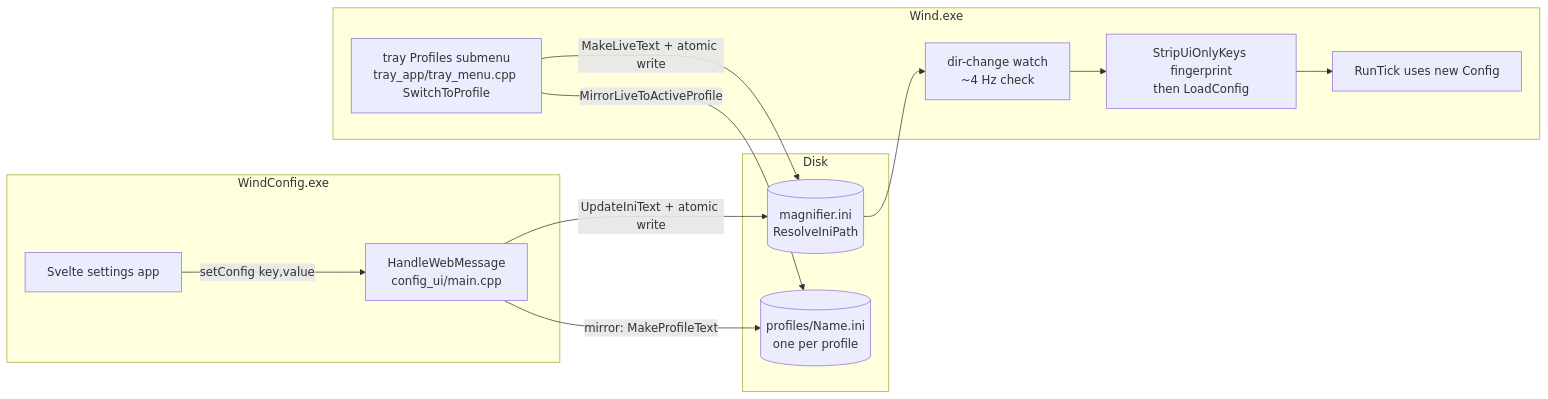
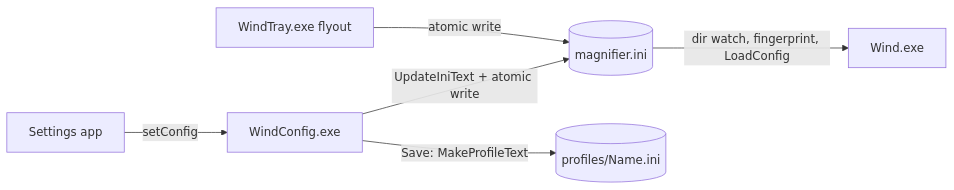
The diagram in docs/architecture/08-config-profiles.md (Maxaubert/Wind), drawn with Mermaid before and after one commit. The commit also changed other lines of this file and 142 other files, not shown here.

First line of the commit message:
docs: overhaul README, CLAUDE.md, architecture and findings (#357) (#358)

````diff
--- a/docs/architecture/08-config-profiles.md
+++ b/docs/architecture/08-config-profiles.md
@@ -29,20 +26,8 @@
 ```mermaid
 flowchart LR
-  subgraph config [WindConfig.exe]
-    SV[Svelte settings app] -->|setConfig key,value| WM[HandleWebMessage\nconfig_ui/main.cpp]
-  end
-  subgraph disk [Disk]
-    INI[(magnifier.ini\nResolveIniPath)]
-    PROF[(profiles/Name.ini\none per profile)]
-  end
-  subgraph core [Wind.exe]
-    WATCH[dir-change watch\n~4 Hz check] --> RELOAD[StripUiOnlyKeys fingerprint\nthen LoadConfig]
-    RELOAD --> TICK[RunTick uses new Config]
-    TRAY[tray Profiles submenu\ntray_app/tray_menu.cpp SwitchToProfile]
-  end
-  WM -->|UpdateIniText + atomic write| INI
-  WM -->|mirror: MakeProfileText| PROF
-  TRAY -->|MakeLiveText + atomic write| INI
-  TRAY -->|MirrorLiveToActiveProfile| PROF
-  INI --> WATCH
+  SV[Settings app] -->|setConfig| HOST[WindConfig.exe]
+  TRAY[WindTray.exe flyout] -->|atomic write| INI
+  HOST -->|UpdateIniText + atomic write| INI[(magnifier.ini)]
+  HOST -->|Save: MakeProfileText| PROF[(profiles/Name.ini)]
+  INI -->|dir watch, fingerprint, LoadConfig| CORE[Wind.exe]
 ```
````
